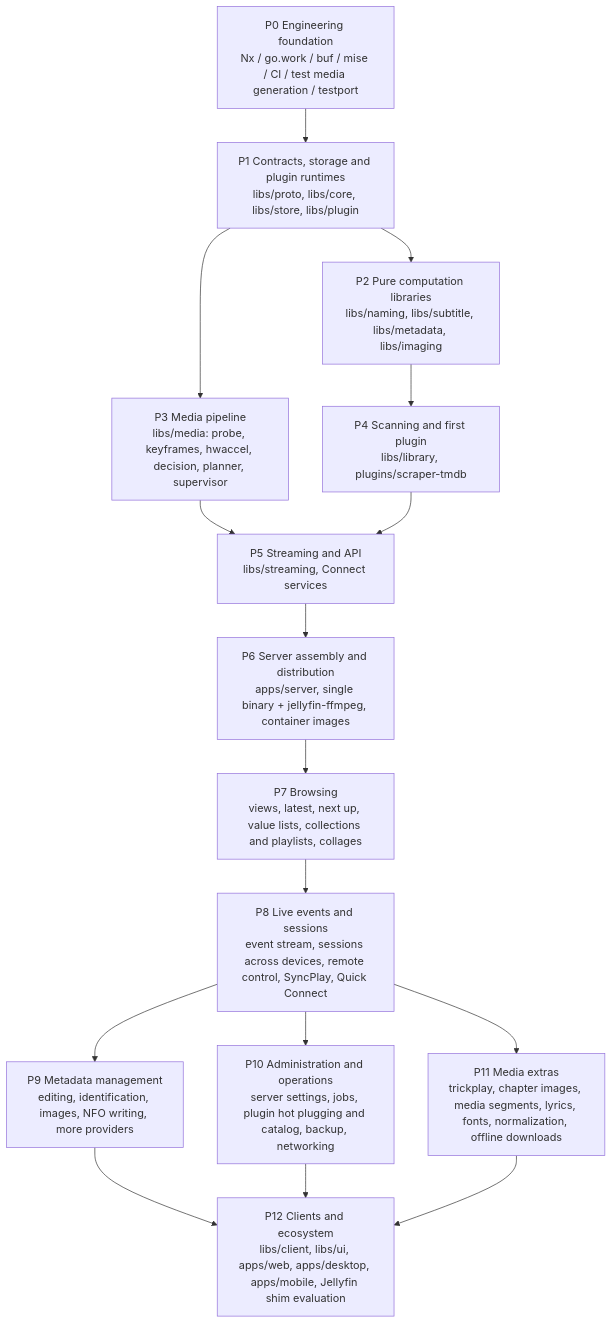
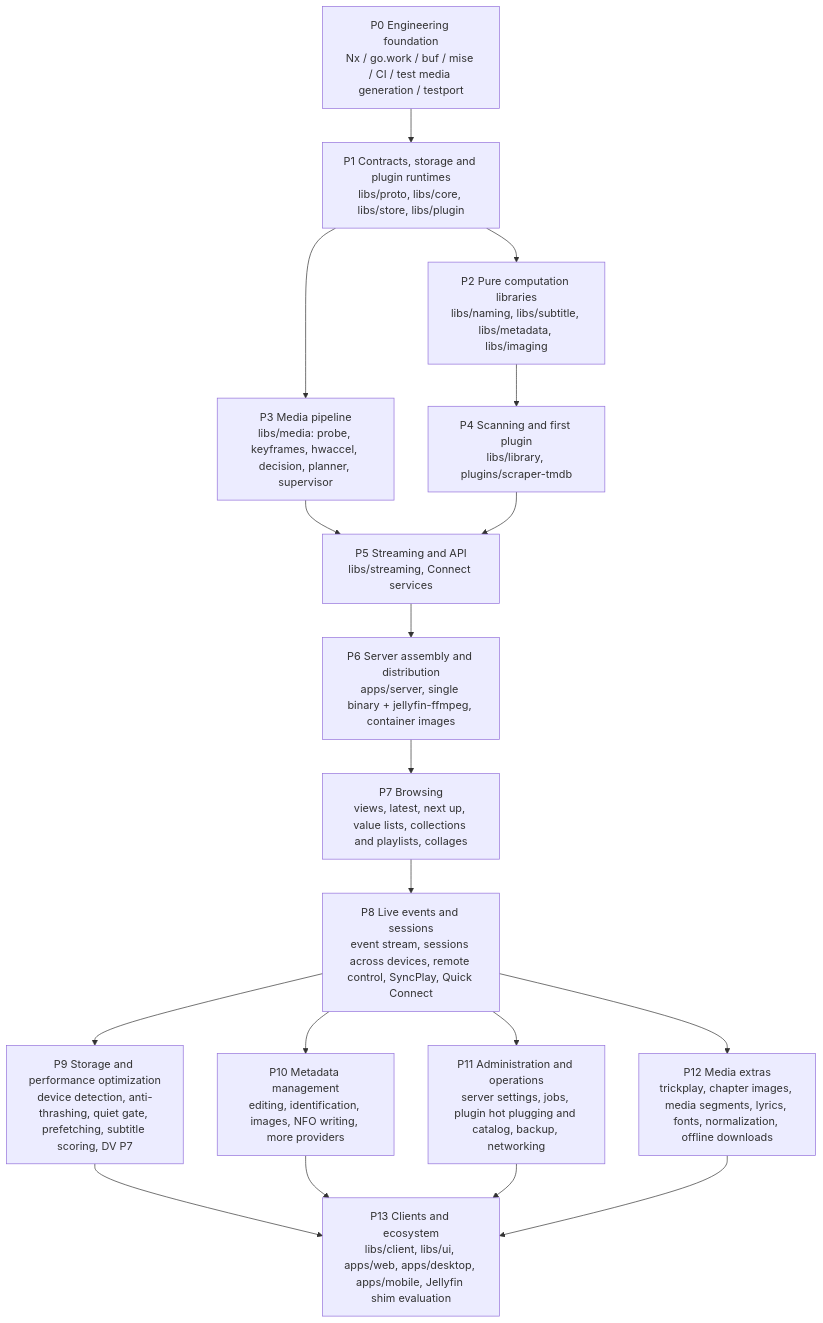
Before and after one commit to mavioai/mavio: the diagram in docs/roadmap.md, drawn with Mermaid. The commit also changed other lines of this file and 7 other files, not shown here.

Commit message:
docs: add optimization design and roadmap phase P9

````diff
--- a/docs/roadmap.md
+++ b/docs/roadmap.md
@@ -20,32 +20,35 @@
 ```mermaid
 flowchart TD
     P0["P0 Engineering foundation<br/>Nx / go.work / buf / mise / CI / test media generation / testport"]
     P1["P1 Contracts, storage and plugin runtimes<br/>libs/proto, libs/core, libs/store, libs/plugin"]
     P2["P2 Pure computation libraries<br/>libs/naming, libs/subtitle, libs/metadata, libs/imaging"]
     P3["P3 Media pipeline<br/>libs/media: probe, keyframes, hwaccel, decision, planner, supervisor"]
     P4["P4 Scanning and first plugin<br/>libs/library, plugins/scraper-tmdb"]
     P5["P5 Streaming and API<br/>libs/streaming, Connect services"]
     P6["P6 Server assembly and distribution<br/>apps/server, single binary + jellyfin-ffmpeg, container images"]
     P7["P7 Browsing<br/>views, latest, next up, value lists, collections and playlists, collages"]
     P8["P8 Live events and sessions<br/>event stream, sessions across devices, remote control, SyncPlay, Quick Connect"]
-    P9["P9 Metadata management<br/>editing, identification, images, NFO writing, more providers"]
-    P10["P10 Administration and operations<br/>server settings, jobs, plugin hot plugging and catalog, backup, networking"]
-    P11["P11 Media extras<br/>trickplay, chapter images, media segments, lyrics, fonts, normalization, offline downloads"]
-    P12["P12 Clients and ecosystem<br/>libs/client, libs/ui, apps/web, apps/desktop, apps/mobile, Jellyfin shim evaluation"]
+    P9["P9 Storage and performance optimization<br/>device detection, anti-thrashing, quiet gate, prefetching, subtitle scoring, DV P7"]
+    P10["P10 Metadata management<br/>editing, identification, images, NFO writing, more providers"]
+    P11["P11 Administration and operations<br/>server settings, jobs, plugin hot plugging and catalog, backup, networking"]
+    P12["P12 Media extras<br/>trickplay, chapter images, media segments, lyrics, fonts, normalization, offline downloads"]
+    P13["P13 Clients and ecosystem<br/>libs/client, libs/ui, apps/web, apps/desktop, apps/mobile, Jellyfin shim evaluation"]
 
     P0 --> P1
     P1 --> P2
     P1 --> P3
     P2 --> P4
     P3 --> P5
     P4 --> P5
     P5 --> P6
     P6 --> P7
     P7 --> P8
     P8 --> P9
     P8 --> P10
     P8 --> P11
-    P9 --> P12
-    P10 --> P12
-    P11 --> P12
+    P8 --> P12
+    P9 --> P13
+    P10 --> P13
+    P11 --> P13
+    P12 --> P13
 ```
````
